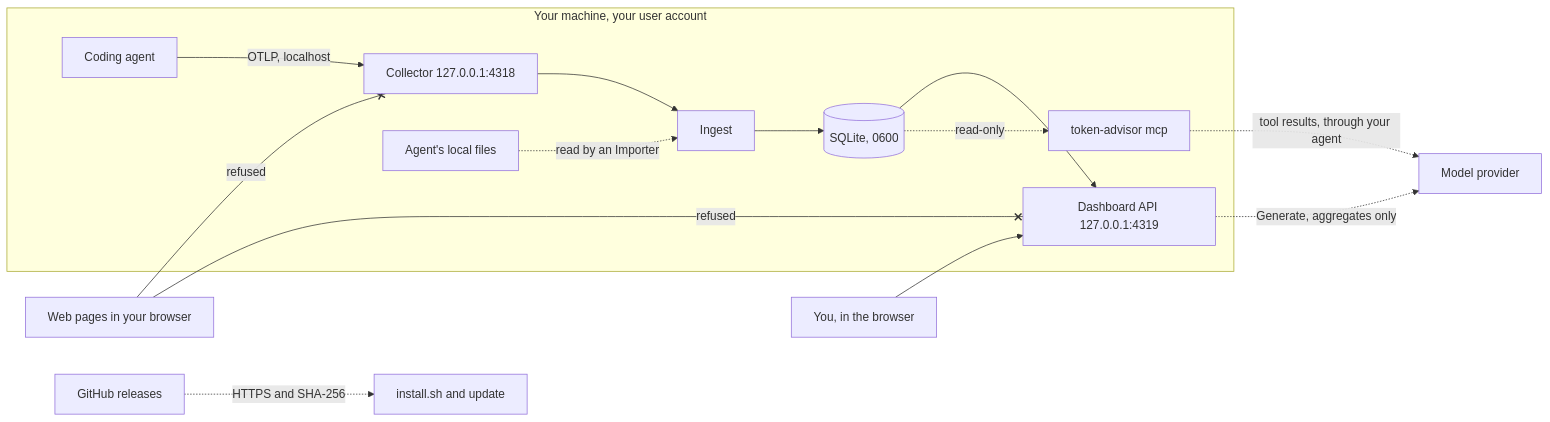
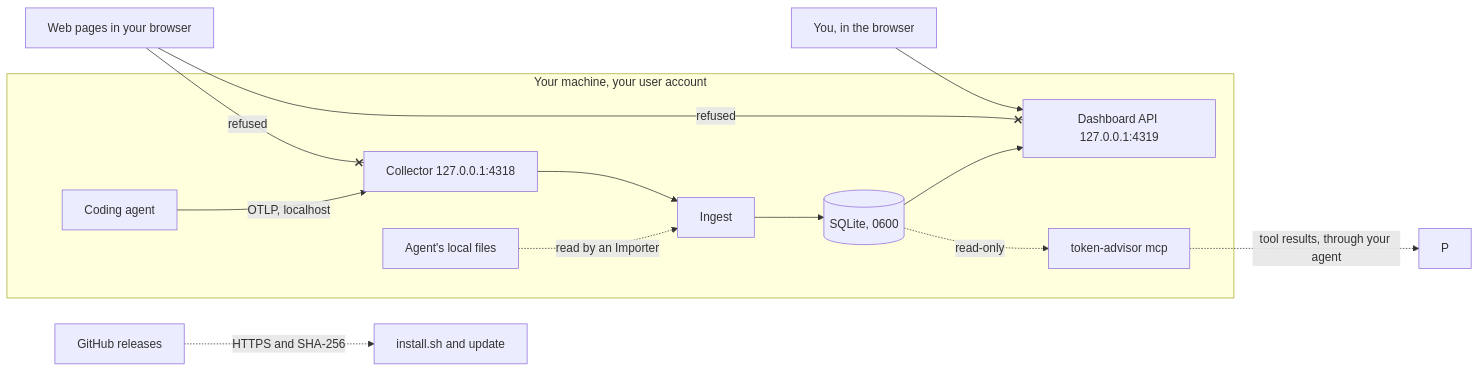
Before and after one commit to infrapalhq/infrapal-token-advisor: the diagram in docs/ASSURANCE.md, drawn with Mermaid. The commit also changed other lines of this file and 45 other files, not shown here.

````diff
--- a/docs/ASSURANCE.md
+++ b/docs/ASSURANCE.md
@@ -47,16 +45,15 @@
 ```mermaid
 flowchart LR
     subgraph machine[Your machine, your user account]
         A[Coding agent] -- OTLP, localhost --> C[Collector 127.0.0.1:4318]
         F[Agent's local files] -. read by an Importer .-> I[Ingest]
         C --> I --> D[(SQLite, 0600)]
         D --> API[Dashboard API 127.0.0.1:4319]
         D -. read-only .-> M[token-advisor mcp]
     end
     B[Web pages in your browser] -- refused --x C
     B -- refused --x API
     U[You, in the browser] --> API
-    API -. Generate, aggregates only .-> P[Model provider]
     M -. tool results, through your agent .-> P
     R[GitHub releases] -. HTTPS and SHA-256 .-> X[install.sh and update]
 ```
````
